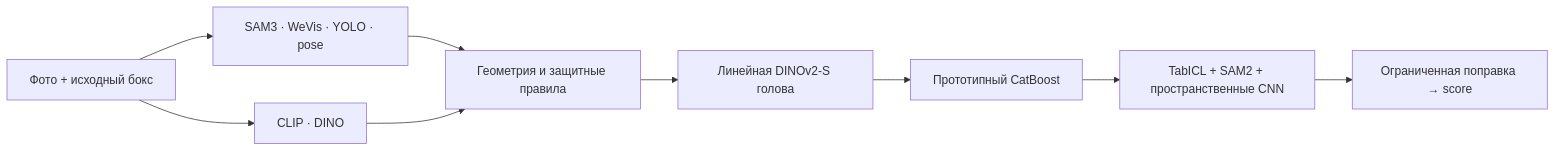
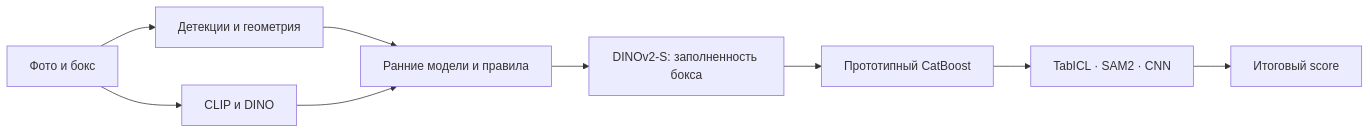
One commit to magaoutside/johny-makbobins-family changed the diagram in README.md. Above: the diagram before and after it, drawn with Mermaid. The commit also changed other lines of this file and 2 other files, not shown here.

````diff
--- a/README.md
+++ b/README.md
@@ -70,11 +32,11 @@
 ```mermaid
 flowchart LR
-    A[Фото + исходный бокс] --> B[SAM3 · WeVis · YOLO · pose]
-    A --> C[CLIP · DINO]
-    B --> D[Геометрия и защитные правила]
+    A[Фото и бокс] --> B[Детекции и геометрия]
+    A --> C[CLIP и DINO]
+    B --> D[Ранние модели и правила]
     C --> D
-    D --> E[Линейная DINOv2-S голова]
+    D --> E[DINOv2-S: заполненность бокса]
     E --> F[Прототипный CatBoost]
-    F --> G[TabICL + SAM2 + пространственные CNN]
-    G --> H[Ограниченная поправка → score]
+    F --> G[TabICL · SAM2 · CNN]
+    G --> H[Итоговый score]
 ```
````
